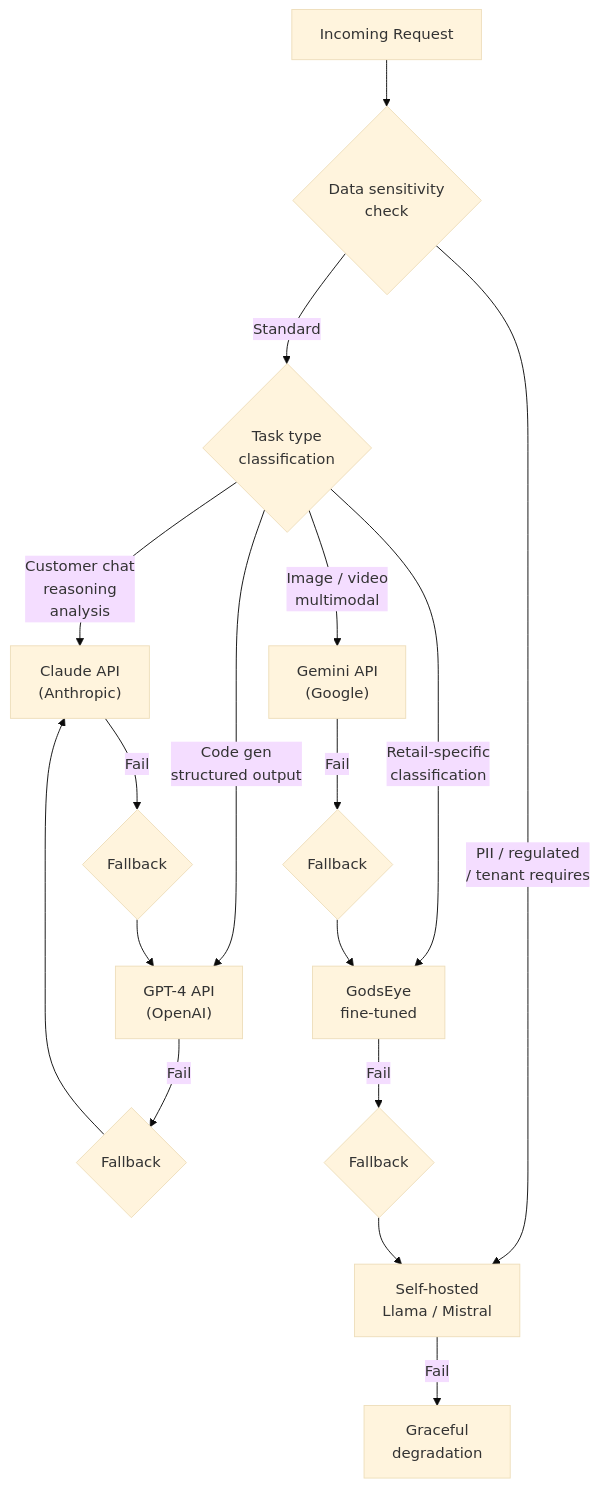
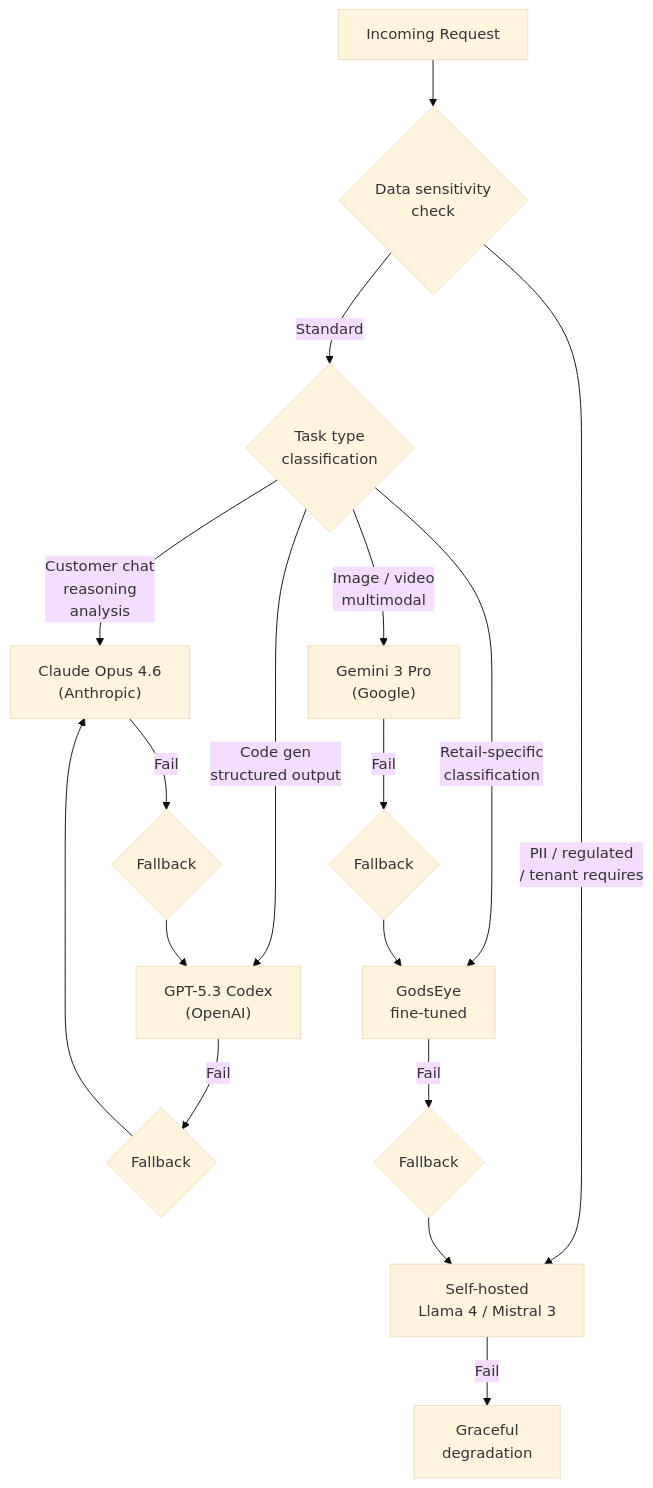
Before and after one commit to bcraavi/godseye: the fourth of 6 diagrams in docs/ai/agent-mesh.md, drawn with Mermaid (base theme). The commit also changed other lines of this file and 4 other files, not shown here.

````diff
--- a/docs/ai/agent-mesh.md
+++ b/docs/ai/agent-mesh.md
@@ -202,24 +202,24 @@
 ```mermaid
 flowchart TD
     REQ["Incoming Request"] --> SENS{"Data sensitivity\ncheck"}
 
-    SENS -->|"PII / regulated\n/ tenant requires"| SELF["Self-hosted\nLlama / Mistral"]
+    SENS -->|"PII / regulated\n/ tenant requires"| SELF["Self-hosted\nLlama 4 / Mistral 3"]
     SENS -->|"Standard"| TASK{"Task type\nclassification"}
 
-    TASK -->|"Customer chat\nreasoning\nanalysis"| CLAUDE["Claude API\n(Anthropic)"]
-    TASK -->|"Code gen\nstructured output"| GPT["GPT-4 API\n(OpenAI)"]
-    TASK -->|"Image / video\nmultimodal"| GEMINI["Gemini API\n(Google)"]
+    TASK -->|"Customer chat\nreasoning\nanalysis"| CLAUDE["Claude Opus 4.6\n(Anthropic)"]
+    TASK -->|"Code gen\nstructured output"| GPT["GPT-5.3 Codex\n(OpenAI)"]
+    TASK -->|"Image / video\nmultimodal"| GEMINI["Gemini 3 Pro\n(Google)"]
     TASK -->|"Retail-specific\nclassification"| FINE["GodsEye\nfine-tuned"]
 
     CLAUDE -->|"Fail"| FALLBACK1{"Fallback"}
     GPT -->|"Fail"| FALLBACK2{"Fallback"}
     GEMINI -->|"Fail"| FALLBACK3{"Fallback"}
     FINE -->|"Fail"| FALLBACK4{"Fallback"}
 
     FALLBACK1 --> GPT
     FALLBACK2 --> CLAUDE
     FALLBACK3 --> FINE
     FALLBACK4 --> SELF
 
     SELF -->|"Fail"| DEGRADE["Graceful\ndegradation"]
 ```
````
